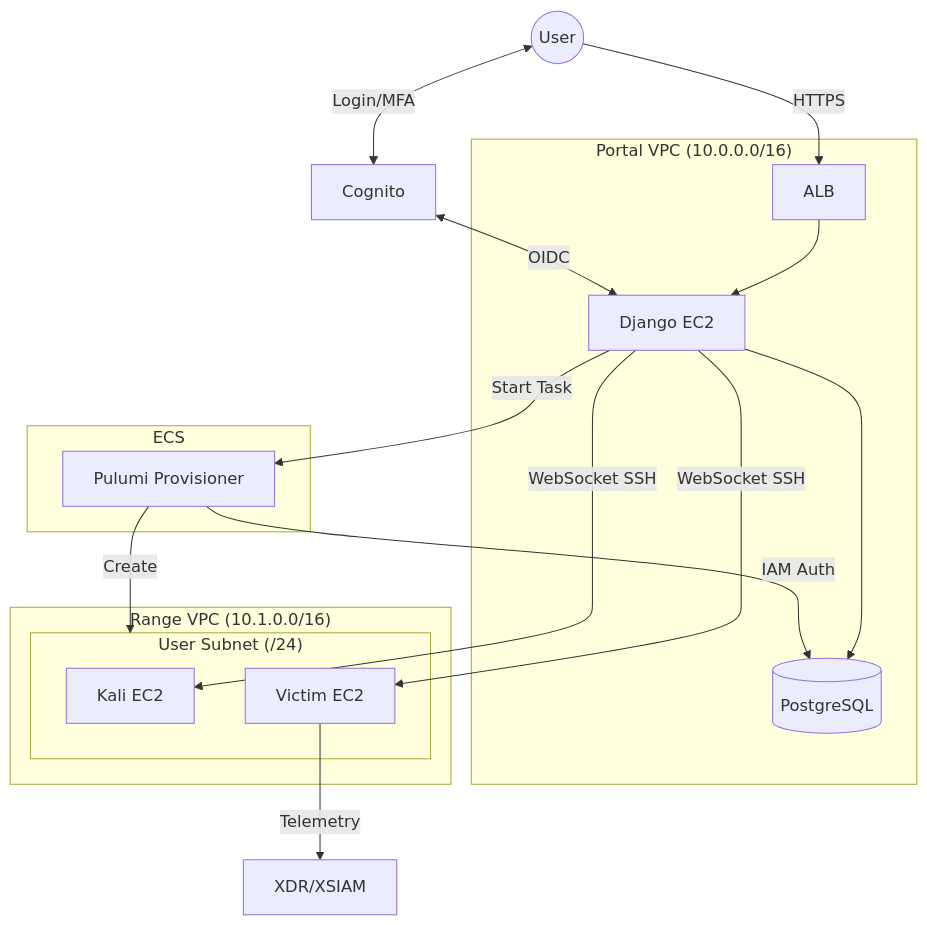
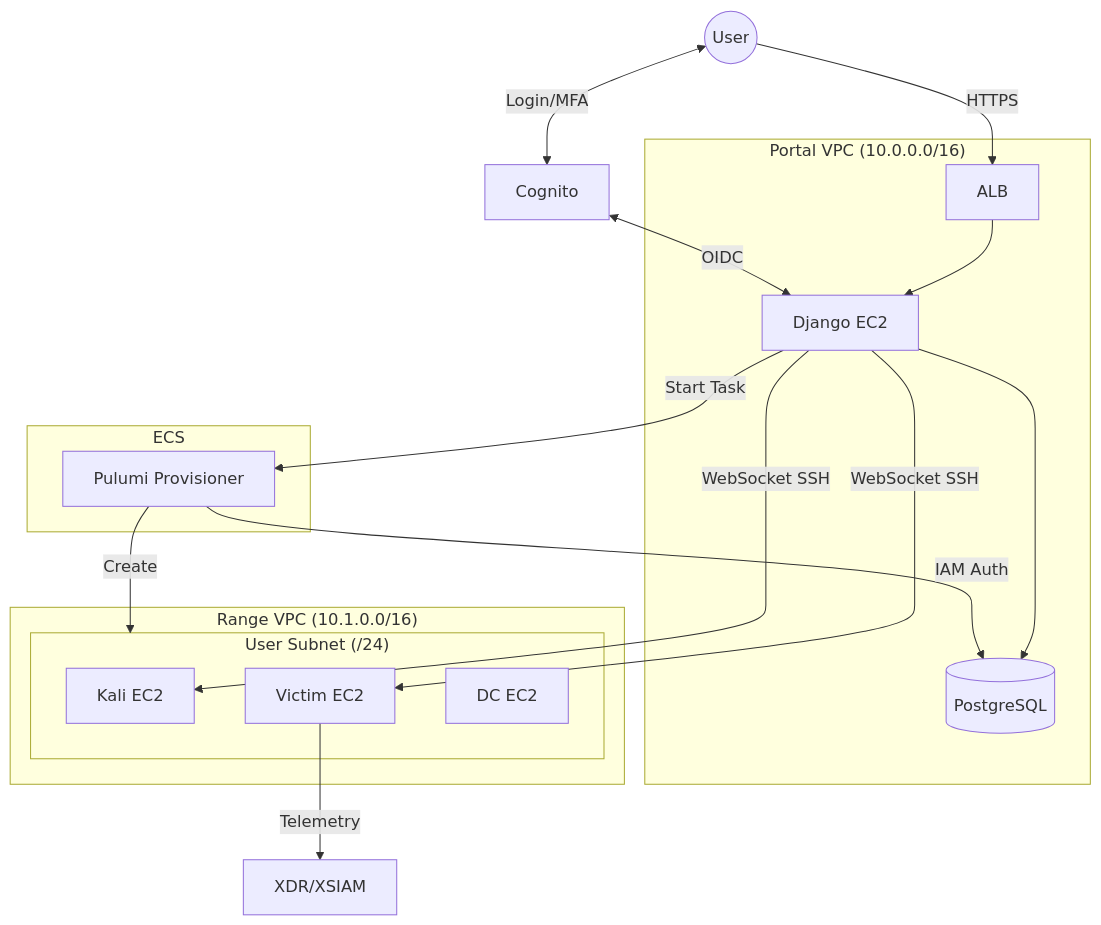
One commit to PaloAltoNetworks/shifter changed the first of 4 diagrams in portal/documentation/docs/architecture.md. Above: the diagram before and after it, drawn with Mermaid. The commit also changed other lines of this file and 4 other files, not shown here.

````diff
--- a/portal/documentation/docs/architecture.md
+++ b/portal/documentation/docs/architecture.md
@@ -7,31 +7,32 @@
 ```mermaid
 flowchart TB
     subgraph PORTAL_VPC["Portal VPC (10.0.0.0/16)"]
         ALB[ALB]
         EC2[Django EC2]
         RDS[(PostgreSQL)]
         ALB --> EC2
         EC2 --> RDS
     end
 
     subgraph ECS["ECS"]
         PROV[Pulumi Provisioner]
     end
 
     subgraph RANGE_VPC["Range VPC (10.1.0.0/16)"]
         subgraph SUBNET["User Subnet (/24)"]
             KALI[Kali EC2]
             VICTIM[Victim EC2]
+            DC[DC EC2]
         end
     end
 
     USER((User)) -->|HTTPS| ALB
     USER <-->|Login/MFA| COGNITO[Cognito]
     COGNITO <-->|OIDC| EC2
     EC2 -->|WebSocket SSH| KALI
     EC2 -->|WebSocket SSH| VICTIM
     EC2 -->|Start Task| PROV
     PROV -->|IAM Auth| RDS
     PROV -->|Create| SUBNET
     VICTIM -->|Telemetry| XDR[XDR/XSIAM]
 ```
````
